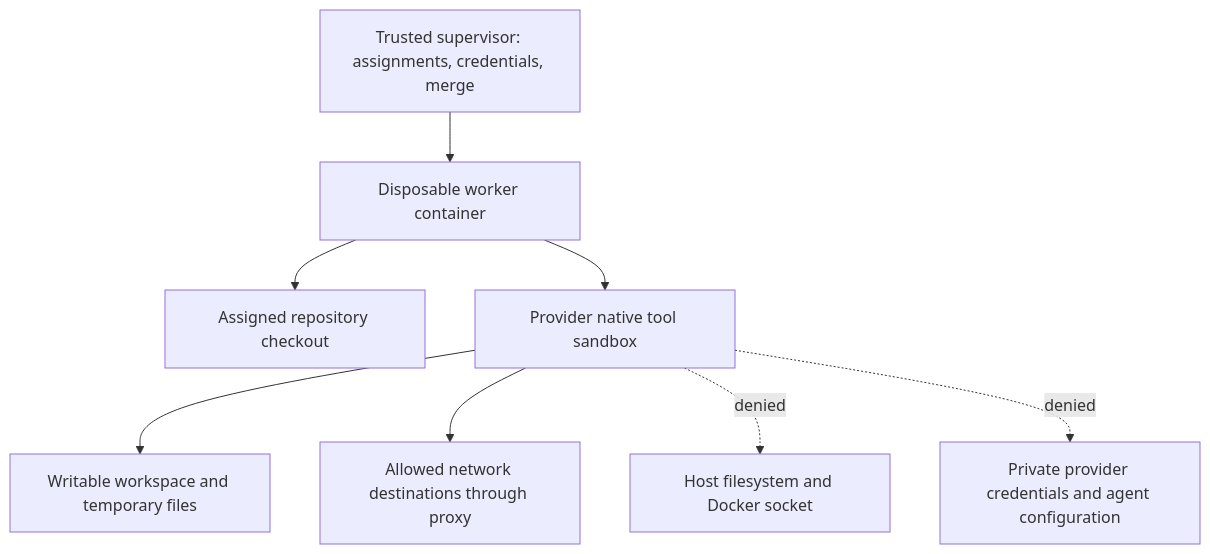
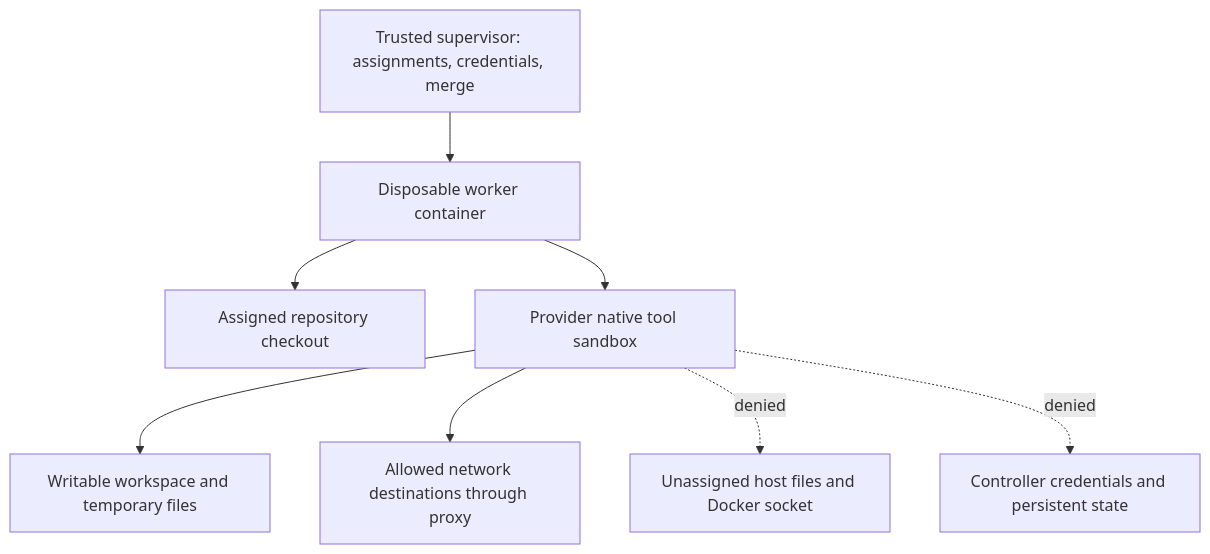
The second of 3 diagrams in docs/factory-runtime.md (XRPL-Commons/forge), drawn with Mermaid before and after one commit. The commit also changed other lines of this file and 5 other files, not shown here.

````diff
--- a/docs/factory-runtime.md
+++ b/docs/factory-runtime.md
@@ -52,10 +52,10 @@
 ```mermaid
 flowchart TD
   S[Trusted supervisor: assignments, credentials, merge] --> C[Disposable worker container]
   C --> R[Assigned repository checkout]
   C --> T[Provider native tool sandbox]
   T --> F[Writable workspace and temporary files]
   T --> N[Allowed network destinations through proxy]
-  T -. denied .-> H[Host filesystem and Docker socket]
-  T -. denied .-> Secrets[Private provider credentials and agent configuration]
+  T -. denied .-> H[Unassigned host files and Docker socket]
+  T -. denied .-> Secrets[Controller credentials and persistent state]
 ```
````
